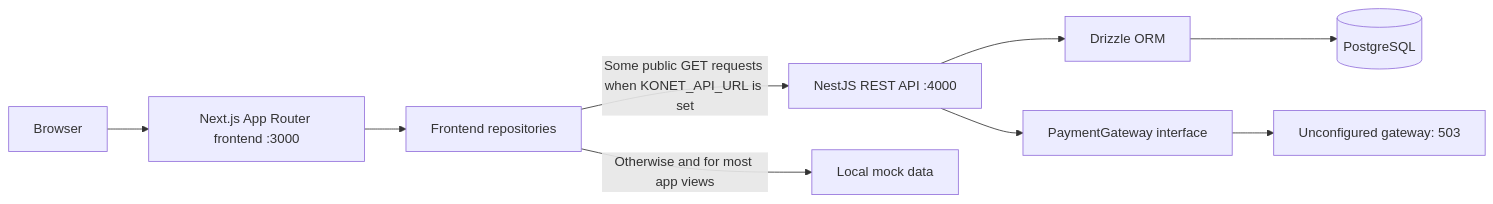
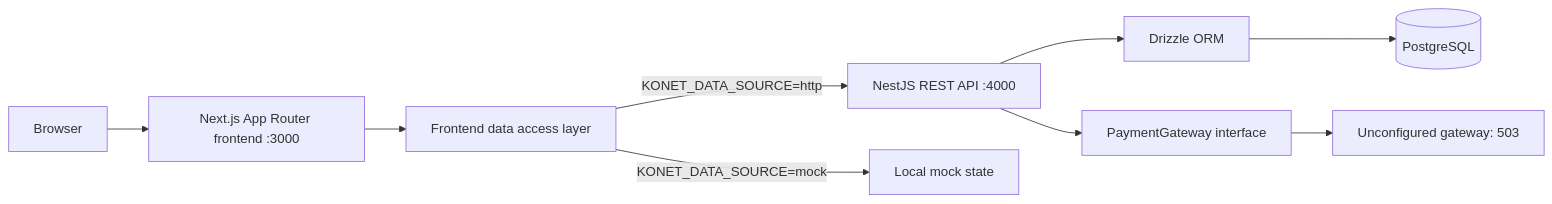
One commit to lakamo-samuel/konet changed the second of 4 diagrams in README.md. Above: the diagram before and after it, drawn with Mermaid. The commit also changed other lines of this file and 84 other files, not shown here.

First line of the commit message:
feat: implement data access layer with error handling and validation

````diff
--- a/README.md
+++ b/README.md
@@ -65,11 +65,11 @@
 ```mermaid
 flowchart LR
     Browser[Browser] --> Next[Next.js App Router frontend :3000]
-    Next --> Repo[Frontend repositories]
-    Repo -->|Some public GET requests when KONET_API_URL is set| API[NestJS REST API :4000]
-    Repo -->|Otherwise and for most app views| Mock[Local mock data]
+    Next --> Access[Frontend data access layer]
+    Access -->|KONET_DATA_SOURCE=http| API[NestJS REST API :4000]
+    Access -->|KONET_DATA_SOURCE=mock| Mock[Local mock state]
     API --> Drizzle[Drizzle ORM]
     Drizzle --> PG[(PostgreSQL)]
     API --> Gateway[PaymentGateway interface]
     Gateway --> Unconfigured[Unconfigured gateway: 503]
 ```
````
